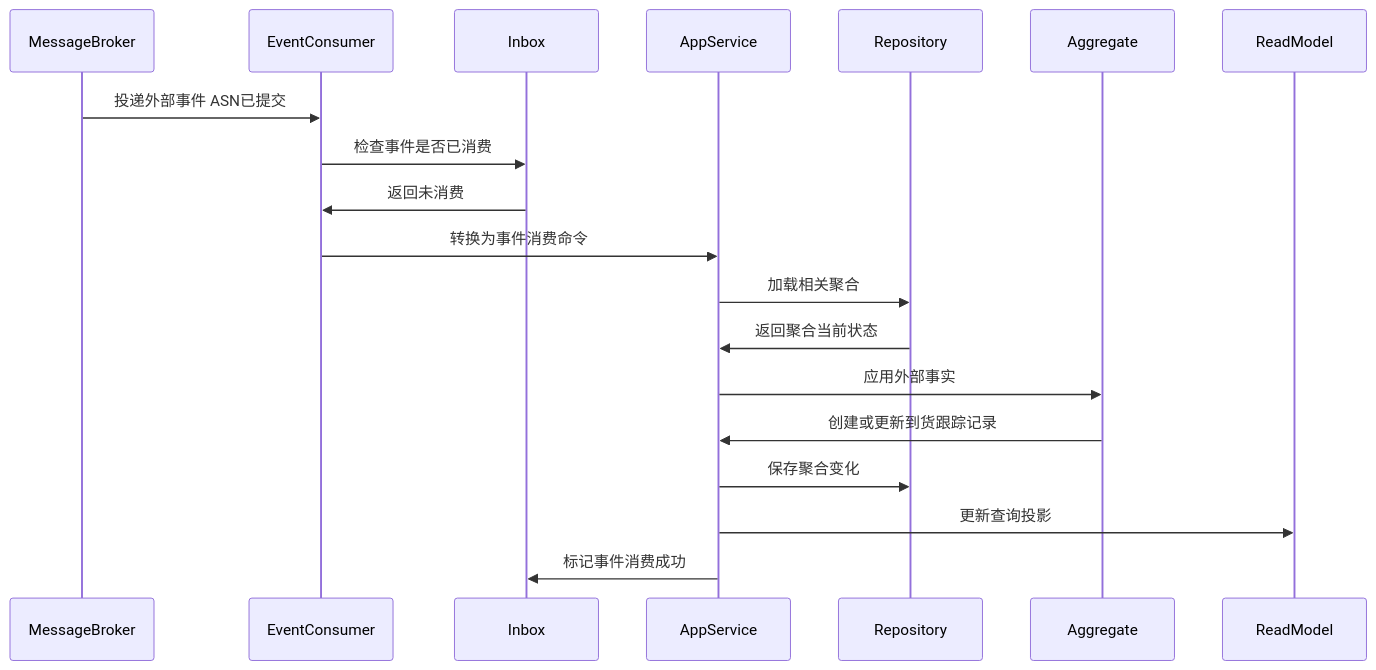
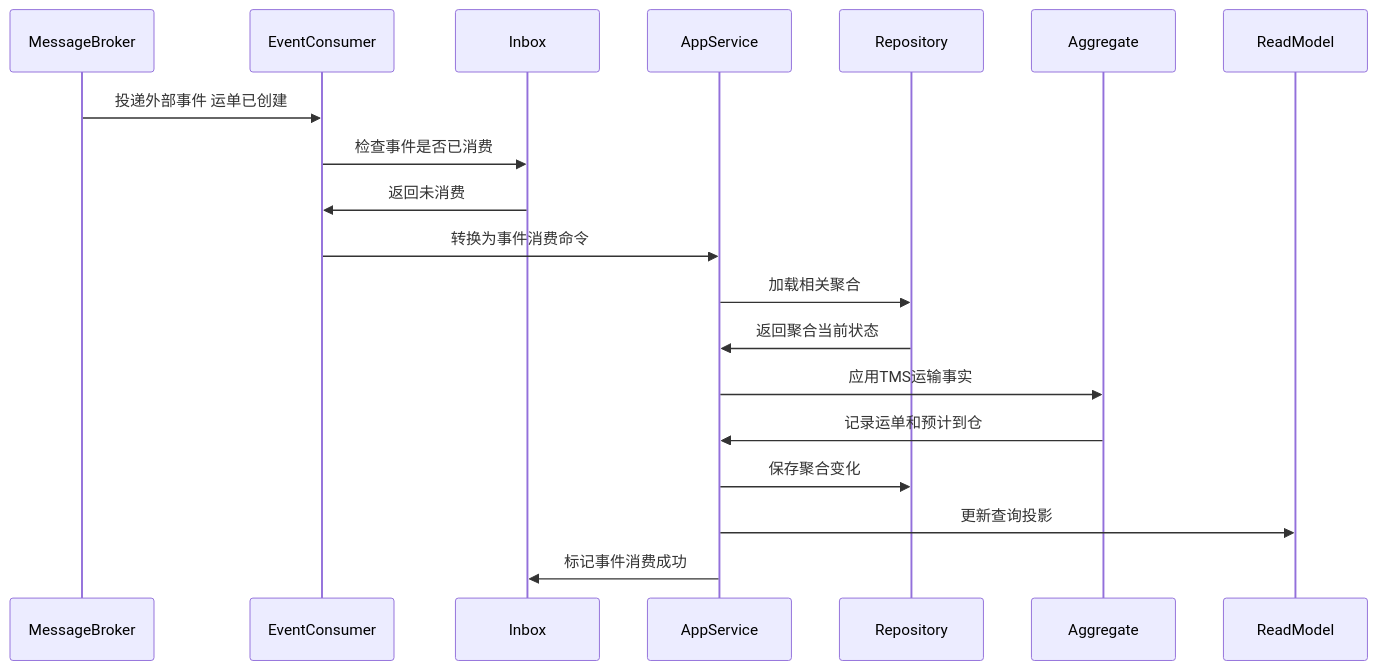
The fifth of 6 diagrams in docs/03-核心业务模型/02-采购领域模型/09-入库跟踪聚合CQRS设计.md (chao1927/scm), drawn with Mermaid before and after one commit. The commit also changed other lines of this file and 118 other files, not shown here.

````diff
--- a/docs/03-核心业务模型/02-采购领域模型/09-入库跟踪聚合CQRS设计.md
+++ b/docs/03-核心业务模型/02-采购领域模型/09-入库跟踪聚合CQRS设计.md
@@ -231,22 +247,22 @@
 ```mermaid
 sequenceDiagram
     participant MessageBroker
     participant EventConsumer
     participant Inbox
     participant AppService
     participant Repository
     participant Aggregate
     participant ReadModel
 
-    MessageBroker->>EventConsumer: 投递外部事件 ASN已提交
+    MessageBroker->>EventConsumer: 投递外部事件 运单已创建
     EventConsumer->>Inbox: 检查事件是否已消费
     Inbox->>EventConsumer: 返回未消费
     EventConsumer->>AppService: 转换为事件消费命令
     AppService->>Repository: 加载相关聚合
     Repository->>AppService: 返回聚合当前状态
-    AppService->>Aggregate: 应用外部事实
-    Aggregate->>AppService: 创建或更新到货跟踪记录
+    AppService->>Aggregate: 应用TMS运输事实
+    Aggregate->>AppService: 记录运单和预计到仓
     AppService->>Repository: 保存聚合变化
     AppService->>ReadModel: 更新查询投影
     AppService->>Inbox: 标记事件消费成功
 ```
````
